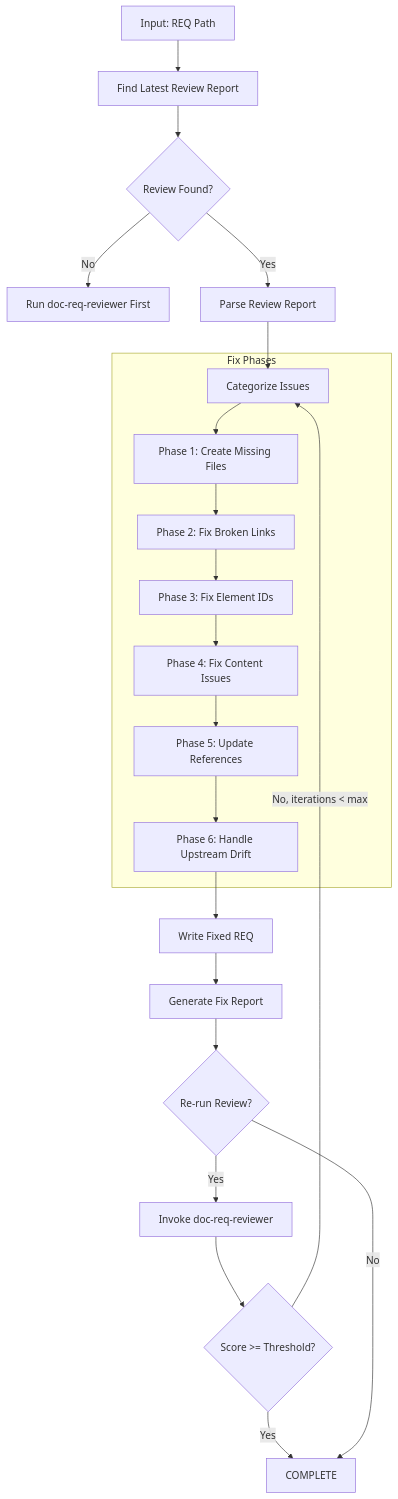
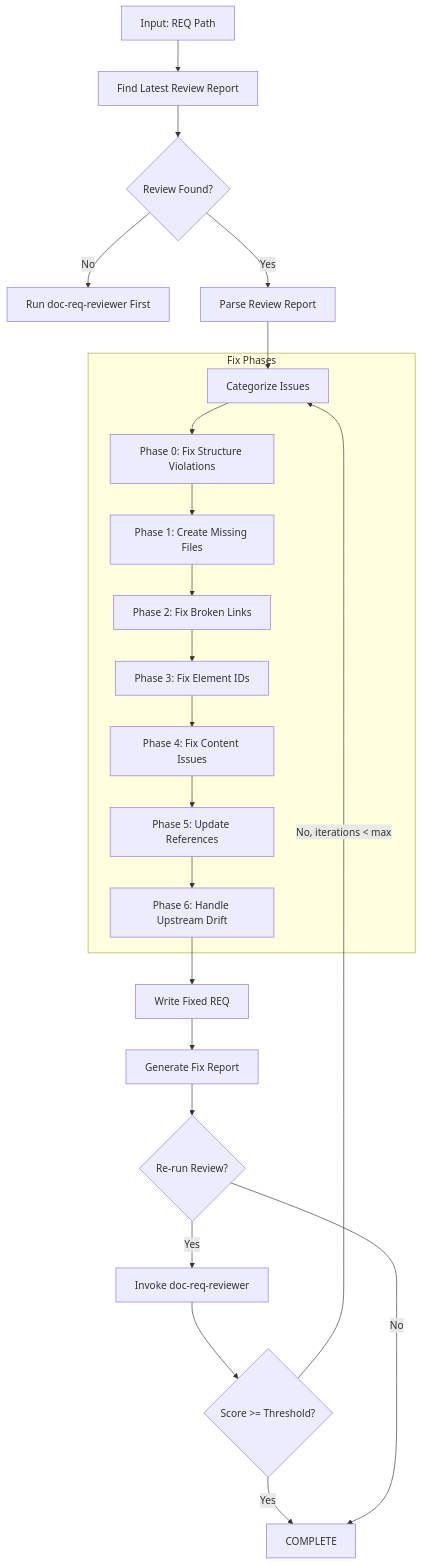
The first of 2 diagrams in .claude/skills/doc-req-fixer/SKILL.md (vladm3105/aidoc-flow-framework), drawn with Mermaid before and after one commit. The commit also changed other lines of this file and 28 other files, not shown here.

````diff
--- a/.claude/skills/doc-req-fixer/SKILL.md
+++ b/.claude/skills/doc-req-fixer/SKILL.md
@@ -66,27 +66,28 @@
 ```mermaid
 flowchart TD
     A[Input: REQ Path] --> B[Find Latest Review Report]
     B --> C{Review Found?}
     C -->|No| D[Run doc-req-reviewer First]
     C -->|Yes| E[Parse Review Report]
 
     E --> F[Categorize Issues]
 
     subgraph FixPhases["Fix Phases"]
-        F --> G[Phase 1: Create Missing Files]
+        F --> F0[Phase 0: Fix Structure Violations]
+        F0 --> G[Phase 1: Create Missing Files]
         G --> H[Phase 2: Fix Broken Links]
         H --> I[Phase 3: Fix Element IDs]
         I --> J[Phase 4: Fix Content Issues]
         J --> K[Phase 5: Update References]
         K --> K2[Phase 6: Handle Upstream Drift]
     end
 
     K2 --> L[Write Fixed REQ]
     L --> M[Generate Fix Report]
     M --> N{Re-run Review?}
     N -->|Yes| O[Invoke doc-req-reviewer]
     O --> P{Score >= Threshold?}
     P -->|No, iterations < max| F
     P -->|Yes| Q[COMPLETE]
     N -->|No| Q
 ```
````
